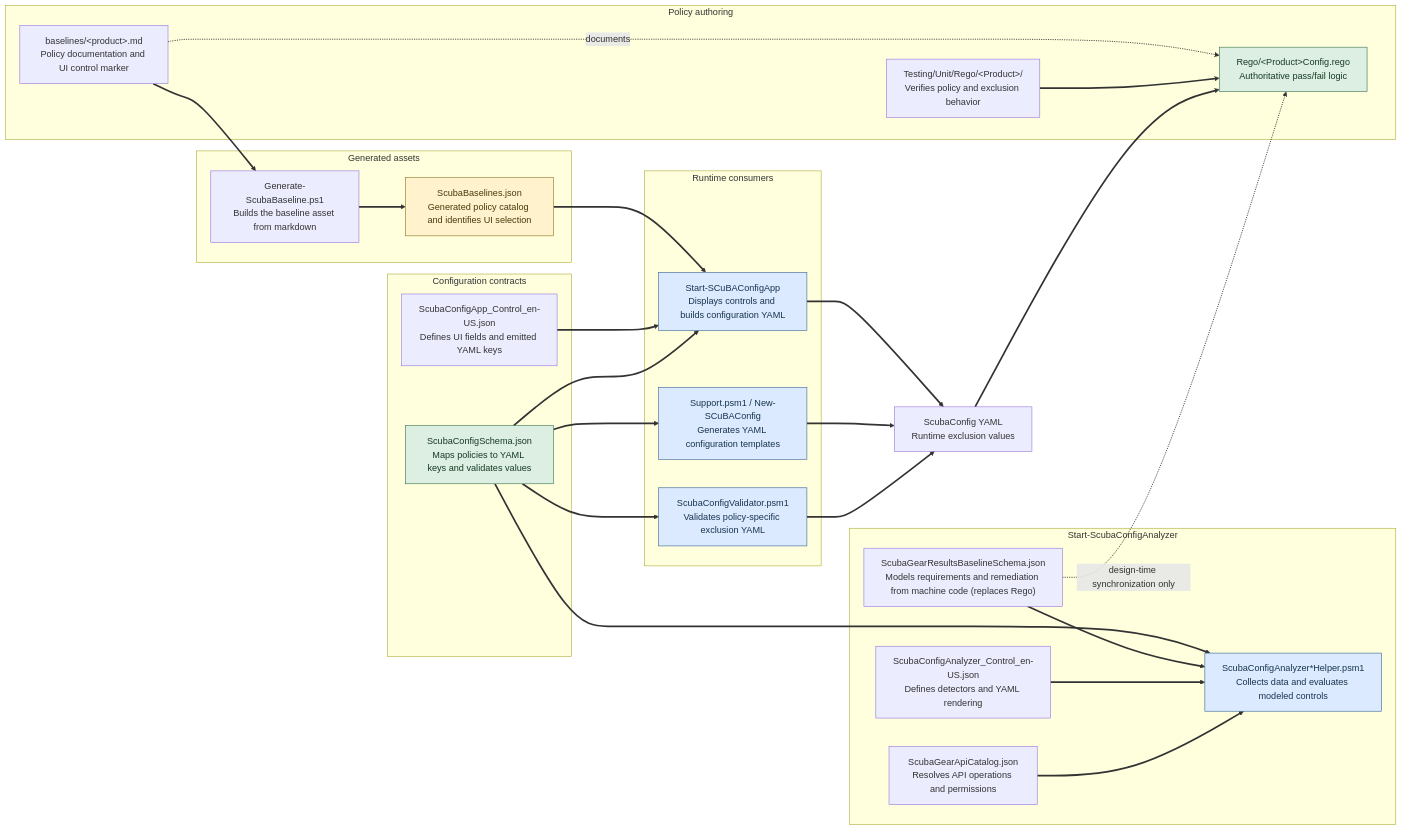
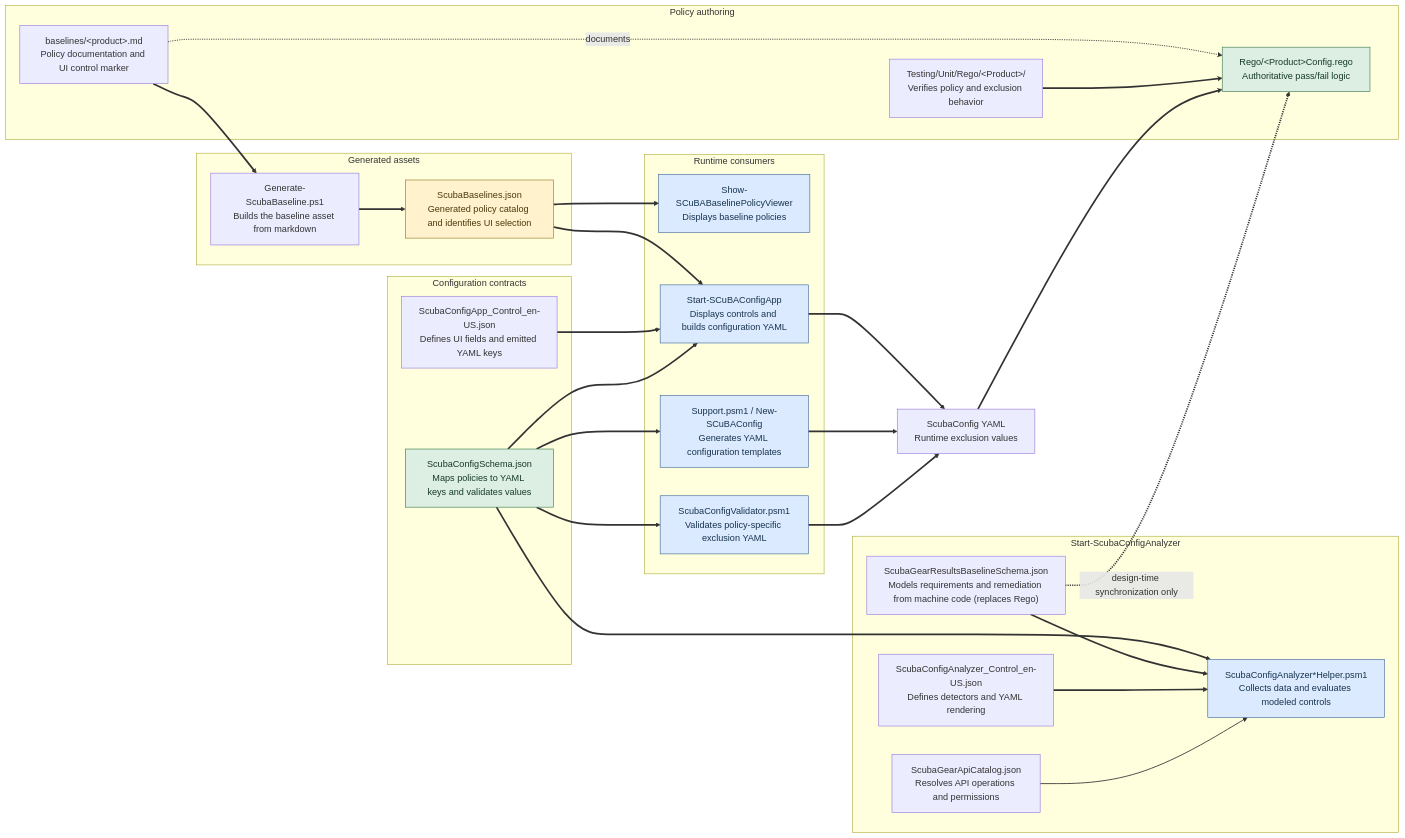
Before and after one commit to cisagov/ScubaGear: the diagram in docs/misc/scubaschema.md, drawn with Mermaid.

Commit message:
added PolicyViewer to consumer mermaid

````diff
--- a/docs/misc/scubaschema.md
+++ b/docs/misc/scubaschema.md
@@ -37,61 +37,63 @@
 ```mermaid
 flowchart LR
    subgraph Authoring[Policy authoring]
       Markdown["baselines/&lt;product&gt;.md<br/>Policy documentation and UI control marker"]
       Rego["Rego/&lt;Product&gt;Config.rego<br/>Authoritative pass/fail logic"]
       RegoTests["Testing/Unit/Rego/&lt;Product&gt;/<br/>Verifies policy and exclusion behavior"]
    end
 
    subgraph Contracts[Configuration contracts]
       ConfigSchema["ScubaConfigSchema.json<br/>Maps policies to YAML keys and validates values"]
       AppControls["ScubaConfigApp_Control_en-US.json<br/>Defines UI fields and emitted YAML keys"]
    end
 
    subgraph Generated[Generated assets]
       Generator["Generate-ScubaBaseline.ps1<br/>Builds the baseline asset from markdown"]
       Baselines["ScubaBaselines.json<br/>Generated policy catalog and identifies UI selection"]
    end
 
    subgraph Runtime[Runtime consumers]
+      PolicyViewer["Show-SCuBABaselinePolicyViewer<br/>Displays baseline policies"]
       Validator["ScubaConfigValidator.psm1<br/>Validates policy-specific exclusion YAML"]
       ConfigTemplate["Support.psm1 / New-SCuBAConfig<br/>Generates YAML configuration templates"]
       ConfigApp["Start-SCuBAConfigApp<br/>Displays controls and builds configuration YAML"]
    end
 
    subgraph Analyzer[Start-ScubaConfigAnalyzer]
       ResultsSchema["ScubaGearResultsBaselineSchema.json<br/>Models requirements and remediation from machine code (replaces Rego)"]
       AnalyzerControls["ScubaConfigAnalyzer_Control_en-US.json<br/>Defines detectors and YAML rendering"]
       AnalyzerEngine["ScubaConfigAnalyzer*Helper.psm1<br/>Collects data and evaluates modeled controls"]
       ApiCatalog["ScubaGearApiCatalog.json<br/>Resolves API operations and permissions"]
    end
 
    Markdown --> Generator --> Baselines
    Markdown -. documents .-> Rego
    RegoTests --> Rego
 
+   Baselines --> PolicyViewer  
    Baselines --> ConfigApp
    AppControls --> ConfigApp
    ConfigApp --> ConfigYaml["ScubaConfig YAML<br/>Runtime exclusion values"]
 
    ConfigSchema --> Validator
    ConfigSchema --> ConfigTemplate
    ConfigSchema --> ConfigApp
    ConfigTemplate --> ConfigYaml
    Validator --> ConfigYaml
    ConfigYaml --> Rego
 
    ConfigSchema --> AnalyzerEngine
    ResultsSchema --> AnalyzerEngine
    AnalyzerControls --> AnalyzerEngine
    ApiCatalog --> AnalyzerEngine
    ResultsSchema -. design-time synchronization only .-> Rego
 
    classDef authority fill:#dcefe2,stroke:#2f6f44,color:#173a25
    classDef generated fill:#fff2cc,stroke:#8a6d1d,color:#4a390d
    classDef consumer fill:#dbeafe,stroke:#315f91,color:#18344f
    class Rego,ConfigSchema authority
    class Baselines generated
-   class Validator,ConfigTemplate,ConfigApp,AnalyzerEngine consumer
+   class Validator,ConfigTemplate,ConfigApp,AnalyzerEngine,PolicyViewer consumer
    linkStyle default stroke-width:3px
    linkStyle 2,17 stroke-width:1.5px
 ```
````
